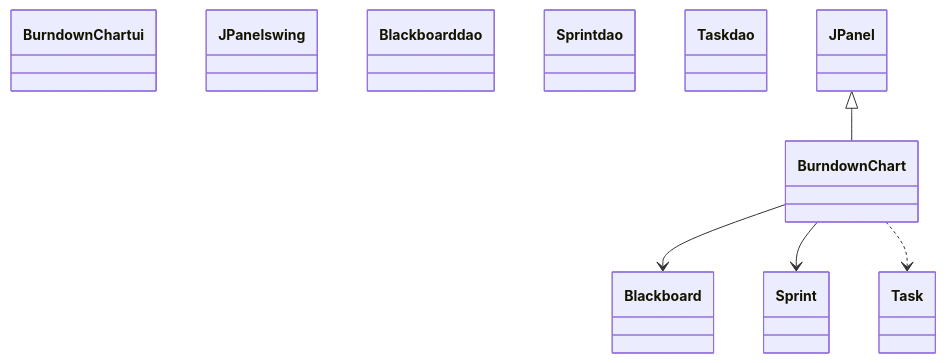
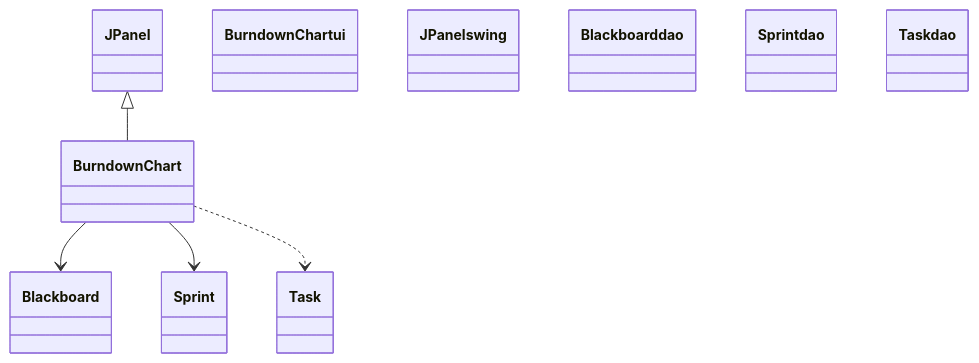
The diagram in README.md (CSC307-W26/taigastudio-refactoring-super-awesome-team-name), drawn with Mermaid before and after one commit.

Commit message:
Add class definitions to README for diagrams

````diff
--- a/README.md
+++ b/README.md
@@ -7,26 +7,32 @@
 ```mermaid
 %%{init: {'themeVariables': {
   'fontSize': '14px',
   'nodeSpacing': 80,
   'rankSpacing': 80
 }}}%%
 classDiagram
 direction TB
+
+class BurndownChart
+class JPanel
+class Blackboard
+class Sprint
+class Task
 
 %% ---- Style definitions ----
 classDef ui fill:#E3F2FD,stroke:#1E88E5,stroke-width:2px
 classDef dao fill:#E8F5E9,stroke:#2E7D32,stroke-width:2px
 classDef swing fill:#FFF3E0,stroke:#EF6C00,stroke-width:2px
 
 %% ---- Apply styles ----
 class BurndownChart ui
 class JPanel swing
 class Blackboard dao
 class Sprint dao
 class Task dao
 
 JPanel <|-- BurndownChart
 BurndownChart --> Blackboard
 BurndownChart --> Sprint
 BurndownChart ..> Task
 ```
````
